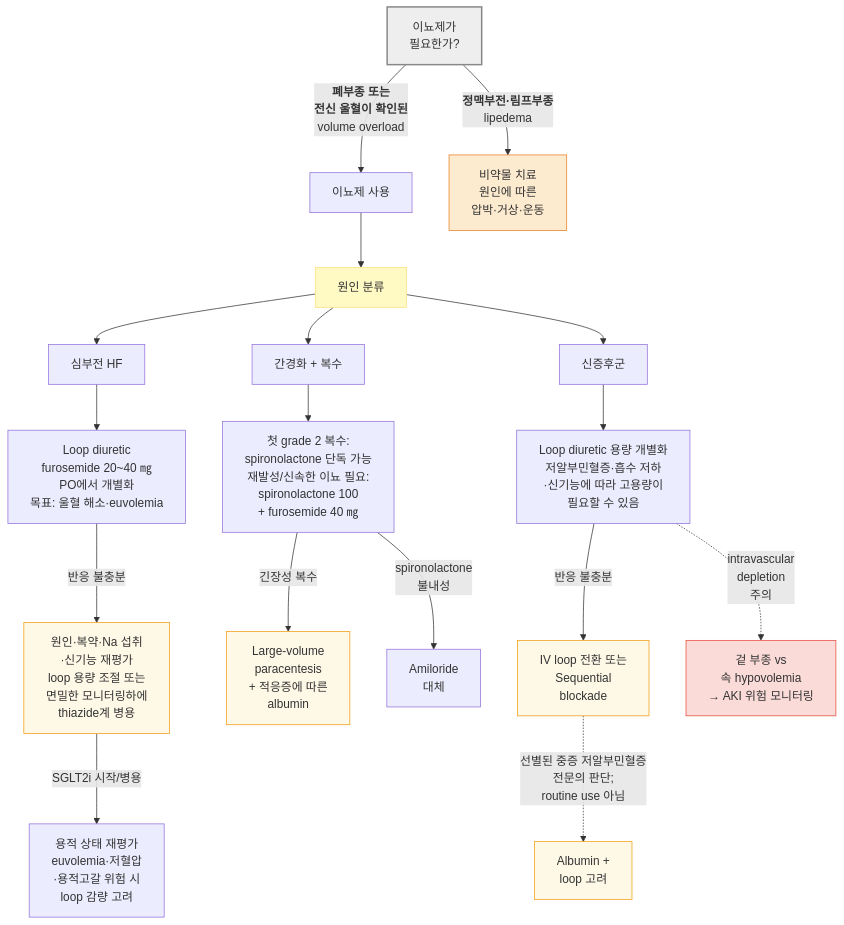
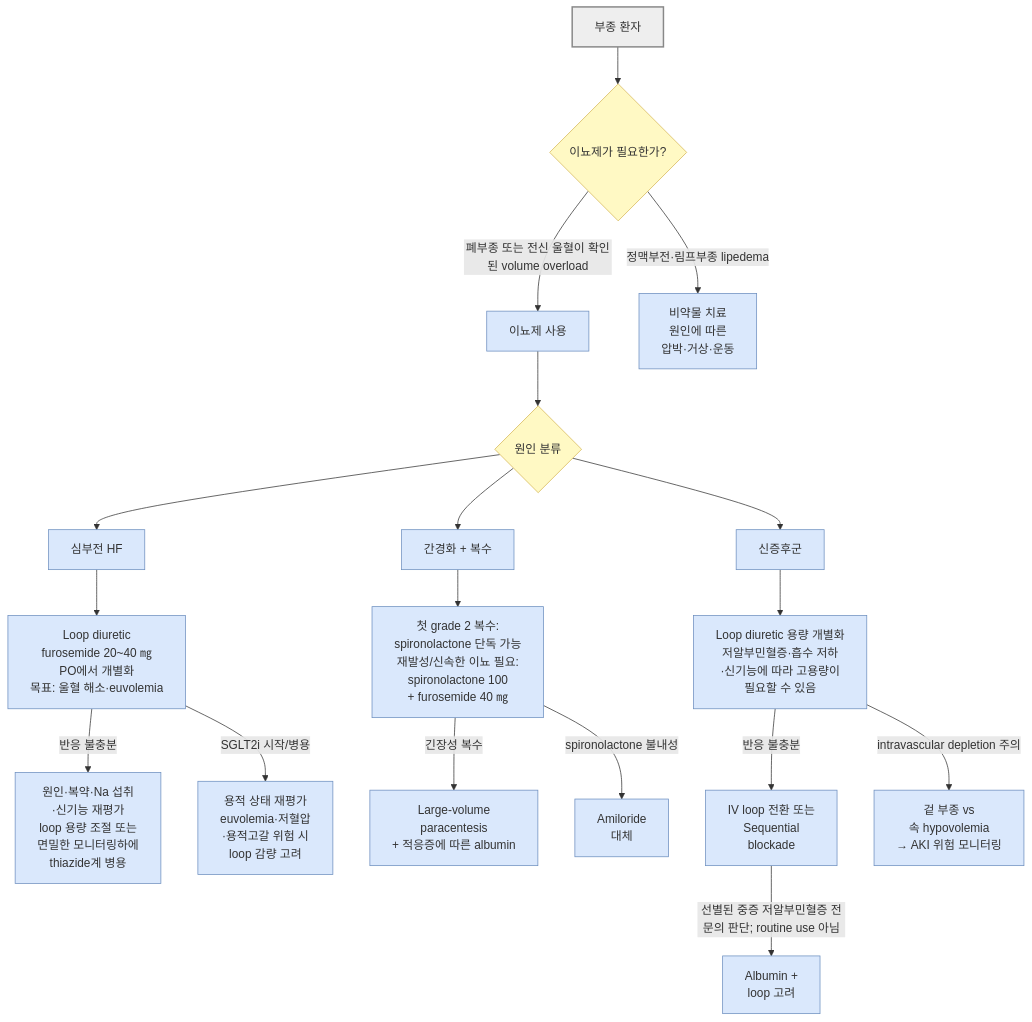
One commit to familyoh77/familyoh77 changed the fourth of 4 diagrams in 220_/012_-edema.md. Above: the diagram before and after it, drawn with Mermaid. The commit also changed other lines of this file and 13 other files, not shown here.

````diff
--- a/220_/012_-edema.md
+++ b/220_/012_-edema.md
@@ -331,28 +370,54 @@
 ```mermaid
-graph TD
-    A["이뇨제가<br/>필요한가?"]
-    A -- "<b>폐부종 또는 <br/>전신 울혈이 확인된</b><br/>volume overload" --> B["이뇨제 사용"]
-    A -- "<b>정맥부전·림프부종</b><br/>lipedema" --> Z["비약물 치료<br/>원인에 따른 <br/>압박·거상·운동"]
-    B --> C["원인 분류"]
+flowchart TD
+    ST["부종 환자"] --> A{"이뇨제가 필요한가?"}
+    A -- "폐부종 또는 전신 울혈이 확인된 volume overload" --> B["이뇨제 사용"]
+    A -- "정맥부전·림프부종 lipedema" --> Z["`비약물 치료
+원인에 따른 
+압박·거상·운동`"]
+    B --> C{"원인 분류"}
     C --> HF["심부전 HF"]
     C --> CI["간경화 + 복수"]
     C --> NS["신증후군"]
-    HF --> HF1["Loop diuretic<br/>furosemide 20~40 ㎎ <br/>PO에서 개별화<br/>목표: 울혈 해소·euvolemia"]
-    HF1 -- "반응 불충분" --> HF2["원인·복약·Na 섭취<br/>·신기능 재평가<br/>loop 용량 조절 또는<br/>면밀한 모니터링하에 <br/>thiazide계 병용"]
-    HF2 -- "SGLT2i 시작/병용" --> HF3["용적 상태 재평가<br/> euvolemia·저혈압<br/>·용적고갈 위험 시<br/>loop 감량 고려"]
-    CI --> CI1["첫 grade 2 복수: <br/>spironolactone 단독 가능<br/>재발성/신속한 이뇨 필요:<br/>spironolactone 100 <br/>+ furosemide 40 ㎎"]
-    CI1 -- "긴장성 복수" --> CI2["Large-volume <br/>paracentesis<br/>+ 적응증에 따른 <br/>albumin"]
-    CI1 -- "spironolactone <br/>불내성" --> CI3["Amiloride <br/>대체"]
-    NS --> NS1["Loop diuretic 용량 개별화<br/>저알부민혈증·흡수 저하<br/>·신기능에 따라 고용량이<br/> 필요할 수 있음"]
-    NS1 -- "반응 불충분" --> NS2["IV loop 전환 또는<br/> Sequential <br/>blockade"]
-    NS2 -. "선별된 중증 저알부민혈증<br/>전문의 판단; <br/>routine use 아님" .-> NS3["Albumin + <br/>loop 고려"]
-    NS1 -. "intravascular <br/>depletion <br/>주의" .-> NS_w["겉 부종 vs<br/> 속 hypovolemia<br/>→ AKI 위험 모니터링"]
-    style A fill:#eeeeee,stroke:#888888,stroke-width:2px
-    style Z fill:#fdebd0,stroke:#e67e22
-    style HF2 fill:#fef9e7,stroke:#f39c12
-    style CI2 fill:#fef9e7,stroke:#f39c12
-    style NS2 fill:#fef9e7,stroke:#f39c12
-    style NS3 fill:#fef9e7,stroke:#f39c12
-    style NS_w fill:#fadbd8,stroke:#e74c3c
-    style C fill:#fff9c4,stroke:#ffe082
+    HF --> HF1["`Loop diuretic
+furosemide 20~40 ㎎ 
+PO에서 개별화
+목표: 울혈 해소·euvolemia`"]
+    HF1 -- "반응 불충분" --> HF2["`원인·복약·Na 섭취
+·신기능 재평가
+loop 용량 조절 또는
+면밀한 모니터링하에 
+thiazide계 병용`"]
+    HF1 -- "SGLT2i 시작/병용" --> HF3["`용적 상태 재평가
+ euvolemia·저혈압
+·용적고갈 위험 시
+loop 감량 고려`"]
+    CI --> CI1["`첫 grade 2 복수: 
+spironolactone 단독 가능
+재발성/신속한 이뇨 필요:
+spironolactone 100 
++ furosemide 40 ㎎`"]
+    CI1 -- "긴장성 복수" --> CI2["`Large-volume 
+paracentesis
++ 적응증에 따른 
+albumin`"]
+    CI1 -- "spironolactone 불내성" --> CI3["`Amiloride 
+대체`"]
+    NS --> NS1["`Loop diuretic 용량 개별화
+저알부민혈증·흡수 저하
+·신기능에 따라 고용량이
+ 필요할 수 있음`"]
+    NS1 -- "반응 불충분" --> NS2["`IV loop 전환 또는
+ Sequential 
+blockade`"]
+    NS2 -- "선별된 중증 저알부민혈증 전문의 판단; routine use 아님" --> NS3["`Albumin + 
+loop 고려`"]
+    NS1 -- "intravascular depletion 주의" --> NS_w["`겉 부종 vs
+ 속 hypovolemia
+→ AKI 위험 모니터링`"]
+    classDef start fill:#eee,stroke:#888,stroke-width:2px
+    classDef decision fill:#fff9c4,stroke:#d6b656
+    classDef treatment fill:#dae8fc,stroke:#6c8ebf
+    class ST,A,B,Z,C,HF,CI,NS,HF1,HF2,HF3,CI1,CI2,CI3,NS1,NS2,NS3,NS_w treatment
+    class ST start
+    class A,C decision
 ```
````
